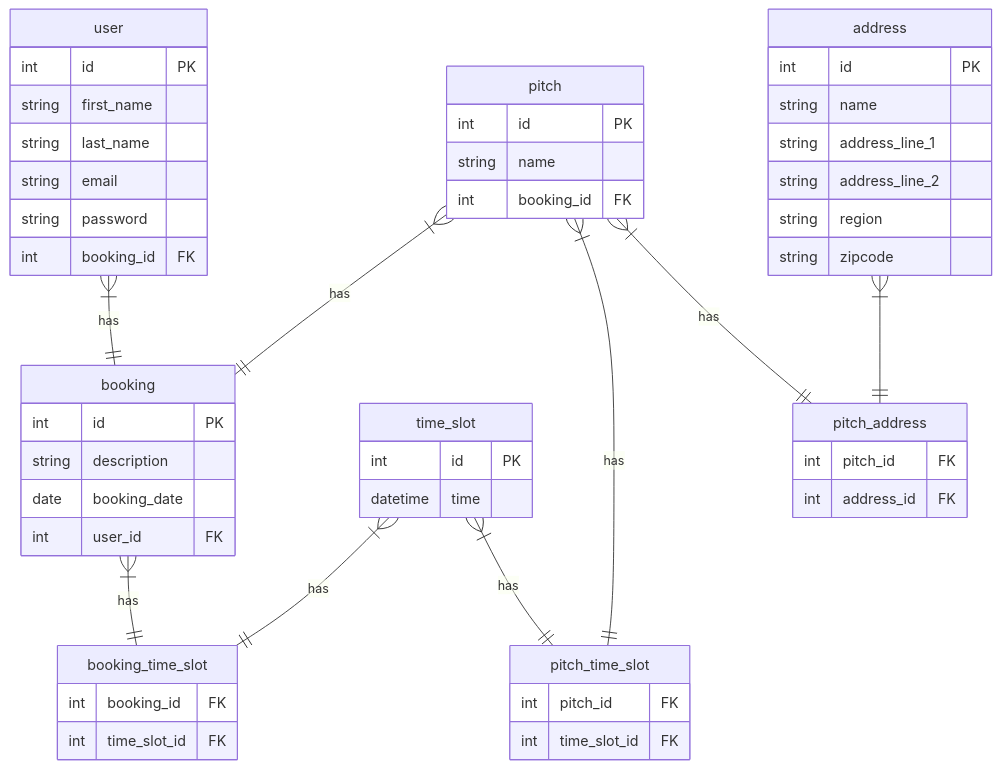
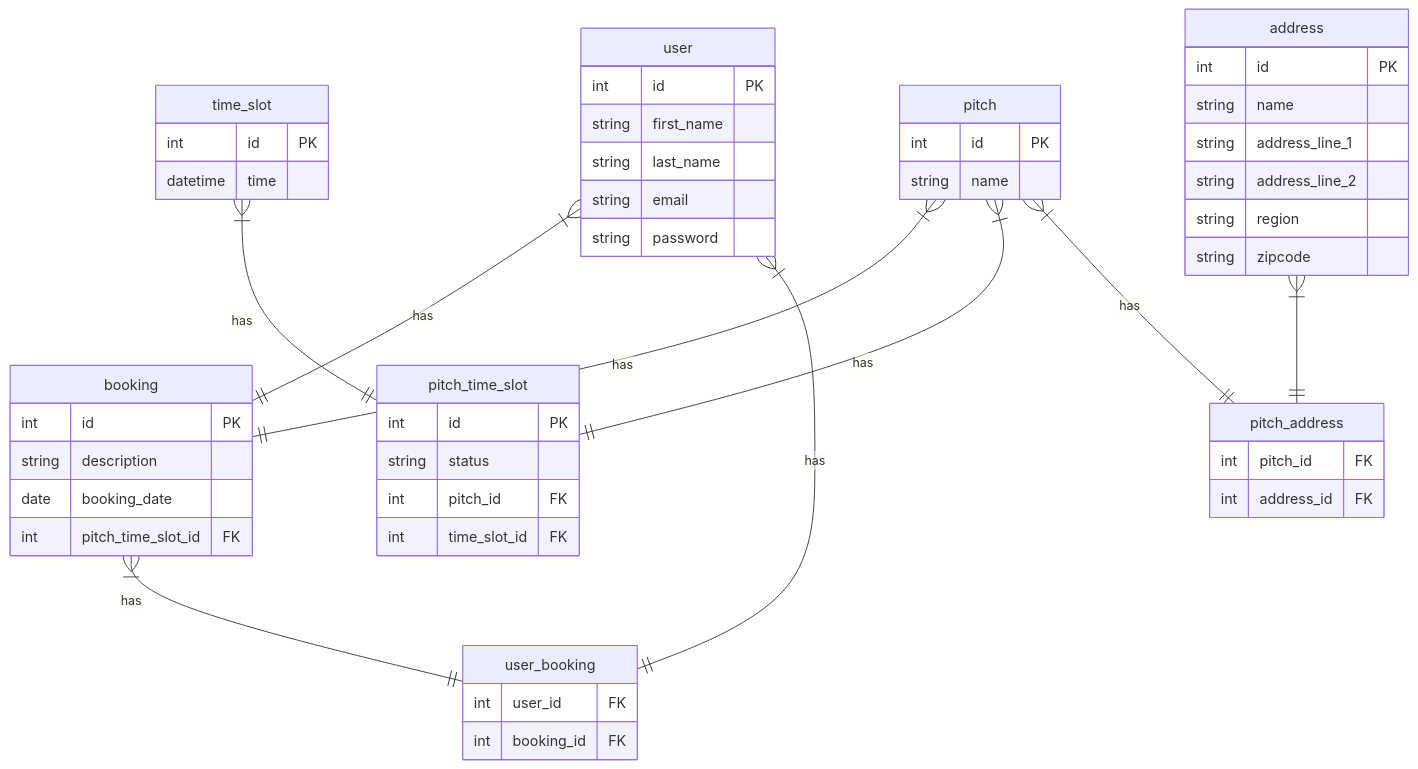
Before and after one commit to emerrocks406/bookAPitch: the second of 2 diagrams in README.md, drawn with Mermaid.

````diff
--- a/README.md
+++ b/README.md
@@ -27,54 +27,54 @@
 ``` mermaid
 erDiagram
 address {
     int id PK
     string name
     string address_line_1
     string address_line_2
     string region
     string zipcode
     }
 user {
     int id PK
     string first_name
     string last_name
     string email
     string password
-    int booking_id FK
   }
-booking_time_slot{
-    int booking_id FK
-    int time_slot_id FK
-}
 pitch{
     int id PK
     string name
-    int booking_id FK
 }
 booking {
     int id PK
     string description
     date booking_date
-    int user_id FK
+    int pitch_time_slot_id FK
 }
 time_slot {
     int id PK
     datetime time 
 }
 pitch_time_slot {
+    int id PK
+    string status
     int pitch_id FK
     int time_slot_id FK
 }
 pitch_address {
     int pitch_id FK
     int address_id FK
 }
+user_booking{
+    int user_id FK
+    int booking_id FK
+}
     user }|--|| booking : has
+    user }|--|| user_booking : has
+    booking }|--|| user_booking : has
     pitch }|--|| booking : has
-    booking }|--|| booking_time_slot : has
-    time_slot }|--|| booking_time_slot : has
     pitch }|--|| pitch_time_slot : has
     time_slot }|--|| pitch_time_slot : has
     pitch }|--|| pitch_address : has
     address }|--|| pitch_address : ""
 ```
````
